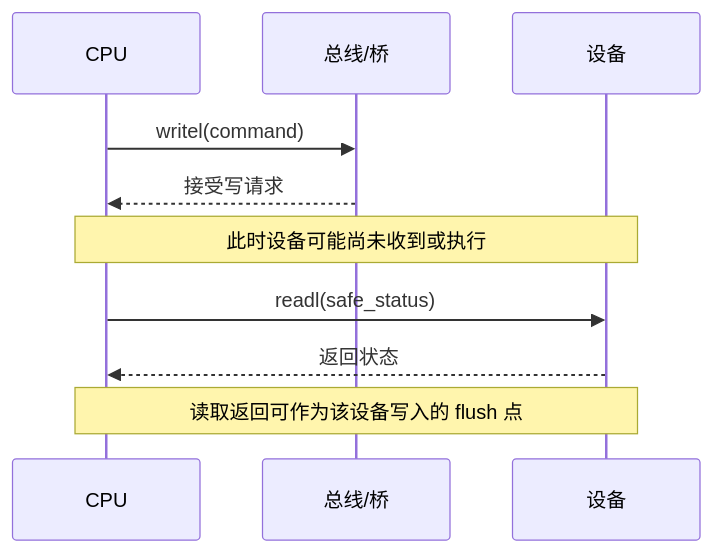
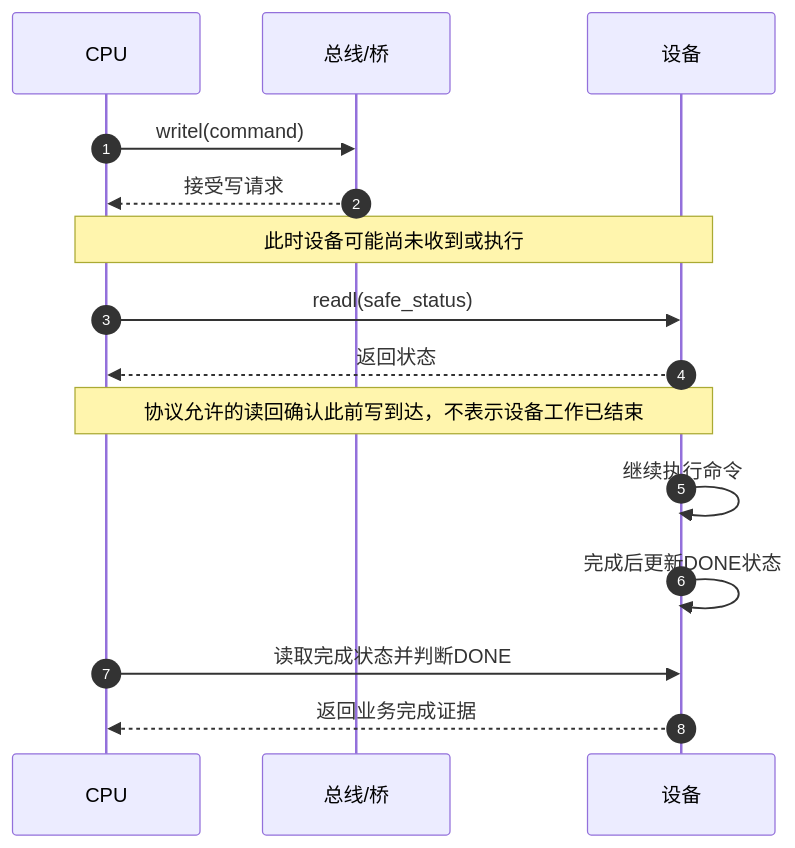
One commit to FormingSystem/linux_note changed the second of 2 diagrams in knowledge/linux/io_model/mmio/P01_MMIO_访问顺序与屏障.md. Above: the diagram before and after it, drawn with Mermaid. The commit also changed other lines of this file and 6 other files, not shown here.

````diff
--- a/knowledge/linux/io_model/mmio/P01_MMIO_访问顺序与屏障.md
+++ b/knowledge/linux/io_model/mmio/P01_MMIO_访问顺序与屏障.md
@@ -58,12 +70,17 @@
 ```mermaid
 sequenceDiagram
+    autonumber
     participant CPU
     participant Bus as 总线/桥
     participant DEV as 设备
     CPU->>Bus: writel(command)
     Bus-->>CPU: 接受写请求
     Note over CPU,DEV: 此时设备可能尚未收到或执行
     CPU->>DEV: readl(safe_status)
     DEV-->>CPU: 返回状态
-    Note over CPU,DEV: 读取返回可作为该设备写入的 flush 点
+    Note over CPU,DEV: 协议允许的读回确认此前写到达，不表示设备工作已结束
+    DEV->>DEV: 继续执行命令
+    DEV->>DEV: 完成后更新DONE状态
+    CPU->>DEV: 读取完成状态并判断DONE
+    DEV-->>CPU: 返回业务完成证据
 ```
````
